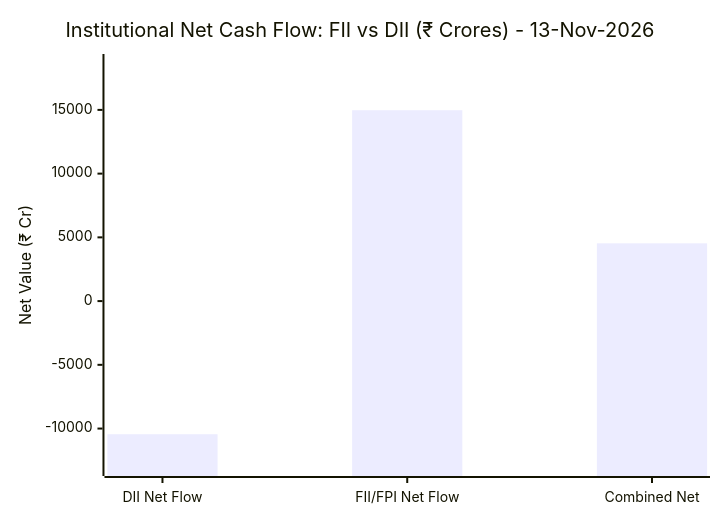
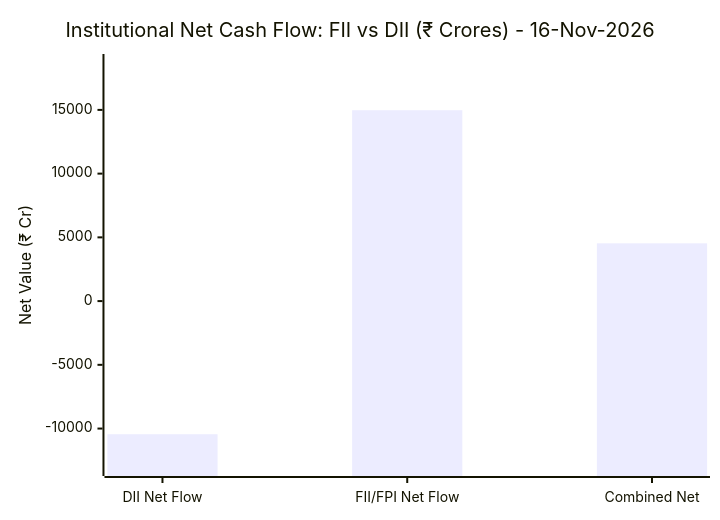
The diagram in market-intelligence/README.md (purnareddy9/dev), drawn with Mermaid before and after one commit. The commit also changed other lines of this file and 4 other files, not shown here.

````diff
--- a/market-intelligence/README.md
+++ b/market-intelligence/README.md
@@ -65,7 +65,7 @@
 ```mermaid
 xychart-beta
-    title "Institutional Net Cash Flow: FII vs DII (₹ Crores) - 13-Nov-2026"
+    title "Institutional Net Cash Flow: FII vs DII (₹ Crores) - 16-Nov-2026"
     x-axis ["DII Net Flow", "FII/FPI Net Flow", "Combined Net"]
     y-axis "Net Value (₹ Cr)" -13055 --> 18718
     bar [-10444.54, 14974.68, 4530.14]
 ```
````
